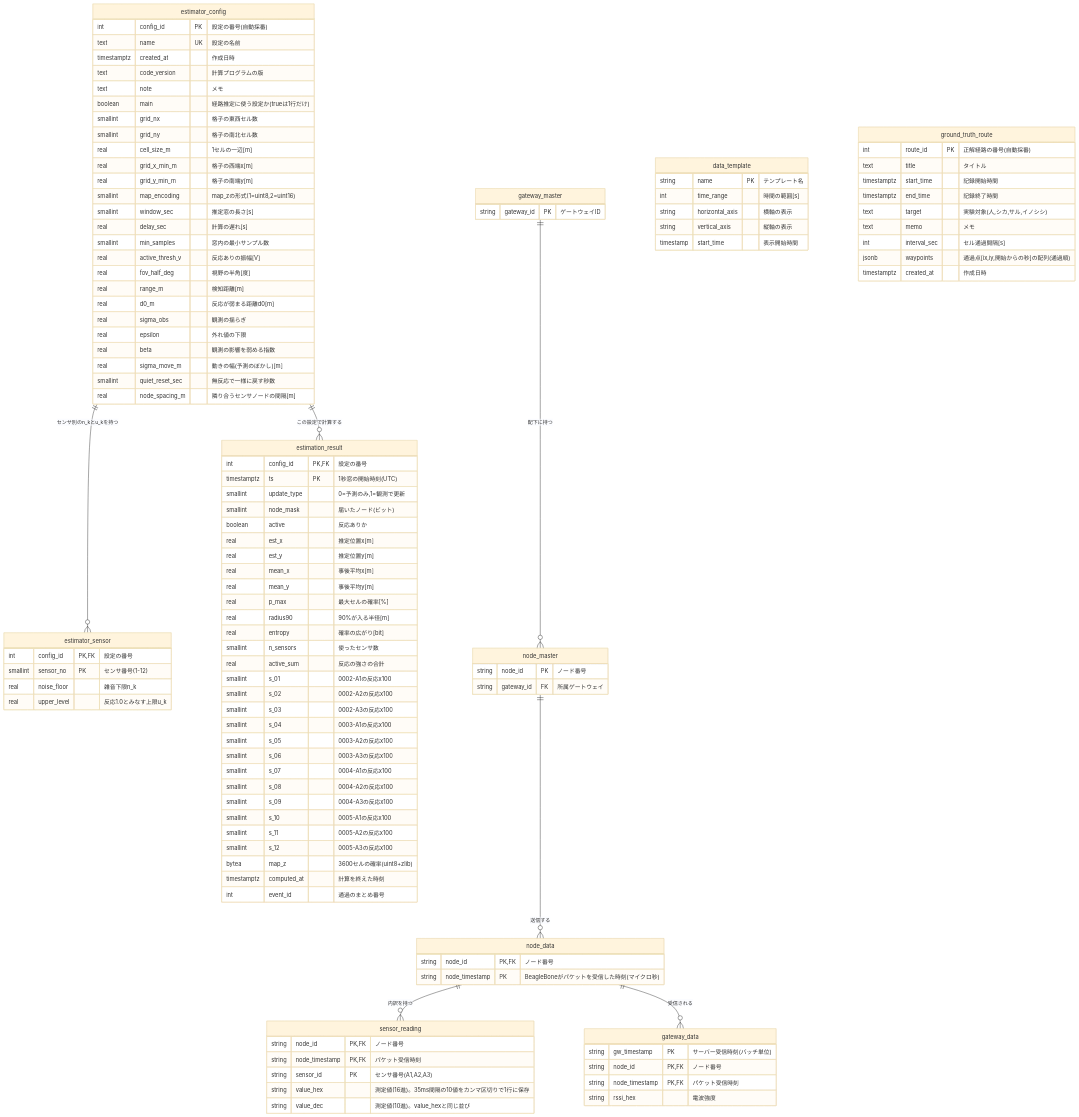
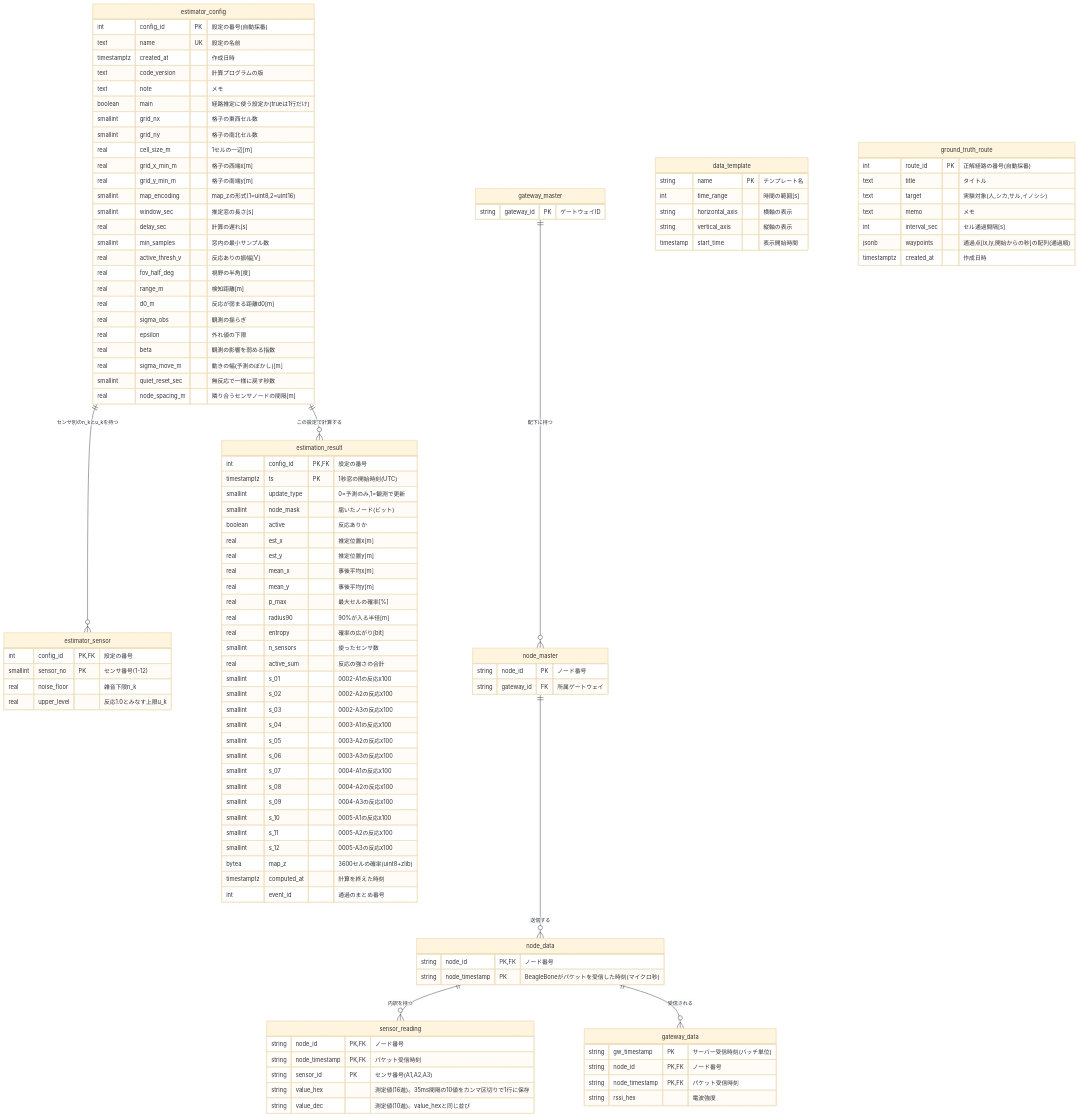
Before and after one commit to ShouSawa/AnimalMiru: the diagram in UML/ER_diagram.md, drawn with Mermaid (base theme). The commit also changed 6 other files, not shown here.

```diff
--- a/UML/ER_diagram.md
+++ b/UML/ER_diagram.md
@@ -116,8 +116,6 @@
   ground_truth_route {
     int route_id PK "正解経路の番号(自動採番)"
     text title "タイトル"
-    timestamptz start_time "記録開始時間"
-    timestamptz end_time "記録終了時間"
     text target "実験対象(人,シカ,サル,イノシシ)"
     text memo "メモ"
     int interval_sec "セル通過間隔[s]"
```
